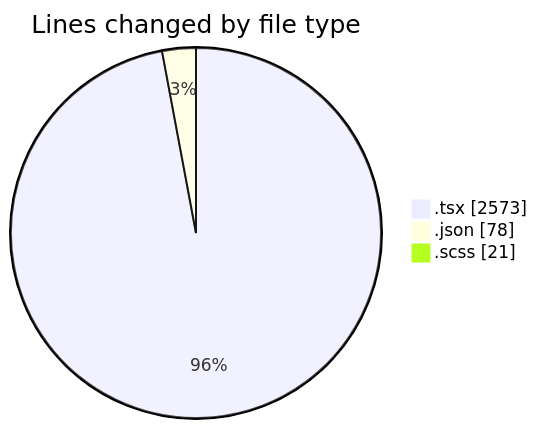
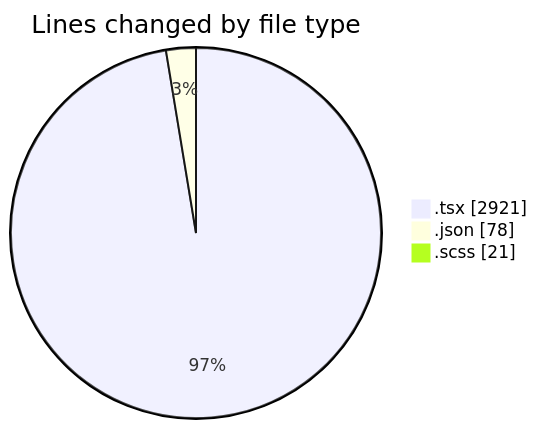
The first of 2 diagrams in 2026-09-29/cda/README.md (momahboobian/code-tracking), drawn with Mermaid before and after one commit. The commit also changed other lines of this file and 1 other file, not shown here.

````diff
--- a/2026-09-29/cda/README.md
+++ b/2026-09-29/cda/README.md
@@ -33,7 +34,7 @@
 ```mermaid
 pie showData
 title Lines changed by file type
-".tsx" : 2573
+".tsx" : 2921
 ".json" : 78
 ".scss" : 21
 ```
````
